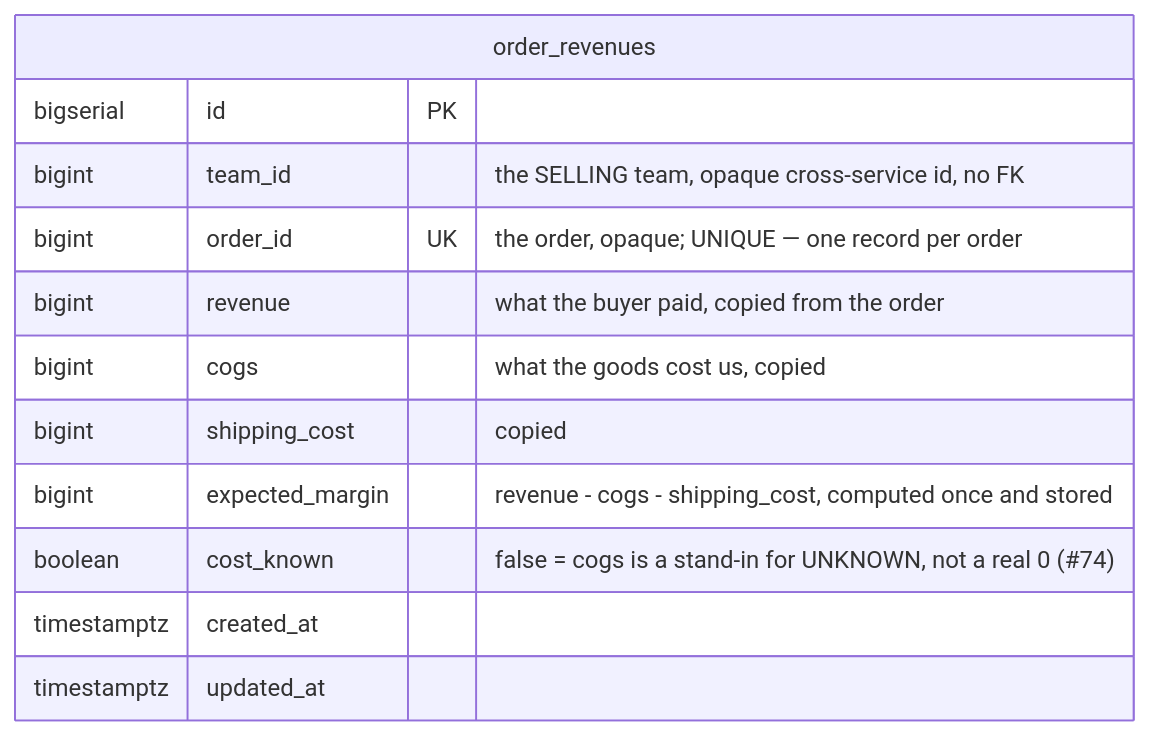
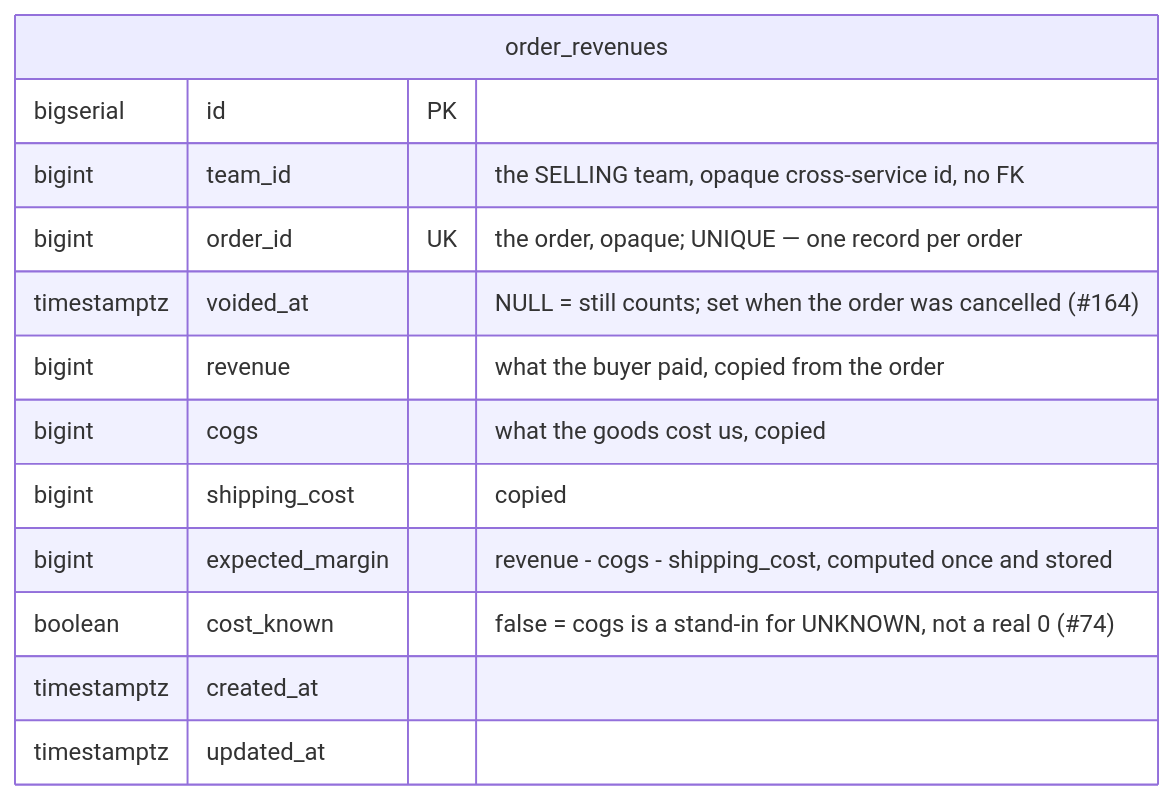
Diagram 11 of 11 in docs/database-schema.md (pdcgo/warehouse_revamp), drawn with Mermaid before and after one commit. The commit also changed 22 other files, not shown here.

First line of the commit message:
#164 A cancelled order's revenue row is voided, not left standing

````diff
--- a/docs/database-schema.md
+++ b/docs/database-schema.md
@@ -736,15 +736,16 @@
 ```mermaid
 erDiagram
     order_revenues {
         bigserial   id              PK
         bigint      team_id         "the SELLING team, opaque cross-service id, no FK"
         bigint      order_id        UK "the order, opaque; UNIQUE — one record per order"
+        timestamptz voided_at       "NULL = still counts; set when the order was cancelled (#164)"
         bigint      revenue         "what the buyer paid, copied from the order"
         bigint      cogs            "what the goods cost us, copied"
         bigint      shipping_cost   "copied"
         bigint      expected_margin "revenue - cogs - shipping_cost, computed once and stored"
         boolean     cost_known      "false = cogs is a stand-in for UNKNOWN, not a real 0 (#74)"
         timestamptz created_at
         timestamptz updated_at
     }
 ```
````
